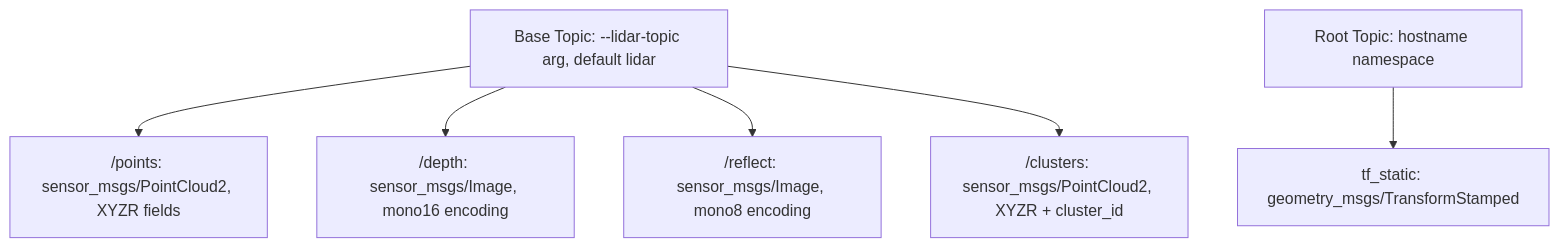
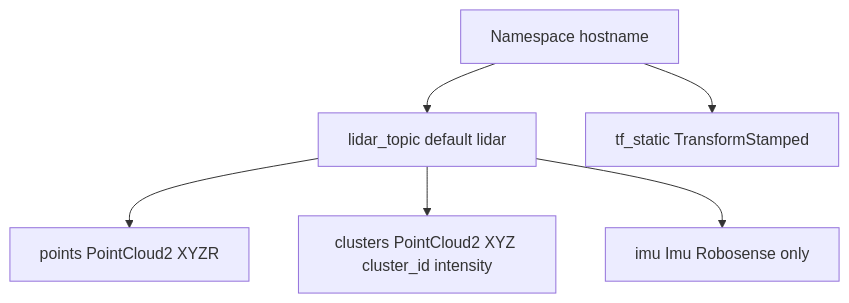
The fifth of 5 diagrams in ARCHITECTURE.md (EdgeFirstAI/lidarpub), drawn with Mermaid before and after one commit. The commit also changed other lines of this file and 5 other files, not shown here.

````diff
--- a/ARCHITECTURE.md
+++ b/ARCHITECTURE.md
@@ -418,11 +255,9 @@
 ```mermaid
 graph TD
-    Base["Base Topic: --lidar-topic arg, default lidar"]
-    
-    Base --> Points["/points: sensor_msgs/PointCloud2, XYZR fields"]
-    Base --> Depth["/depth: sensor_msgs/Image, mono16 encoding"]
-    Base --> Reflect["/reflect: sensor_msgs/Image, mono8 encoding"]
-    Base --> Clusters["/clusters: sensor_msgs/PointCloud2, XYZR + cluster_id"]
-    
-    Root["Root Topic: hostname namespace"] --> TF["tf_static: geometry_msgs/TransformStamped"]
+    NS["Namespace hostname"]
+    NS --> Base["lidar_topic default lidar"]
+    Base --> P["points PointCloud2 XYZR"]
+    Base --> C["clusters PointCloud2 XYZ cluster_id intensity"]
+    Base --> I["imu Imu Robosense only"]
+    NS --> TF["tf_static TransformStamped"]
 ```
````
